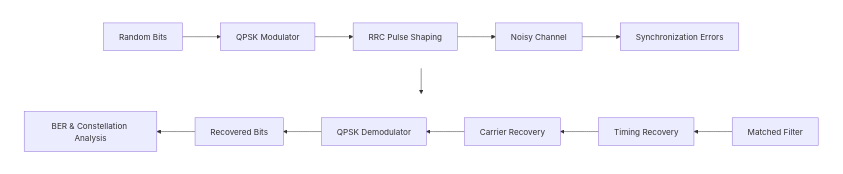
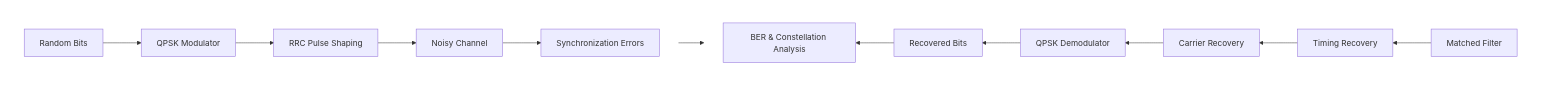
The diagram in README.md (Lukaku-1/adc-project-QPSK), drawn with Mermaid before and after one commit.

````diff
--- a/README.md
+++ b/README.md
@@ -12,20 +12,20 @@
 ```mermaid
-flowchart TB
+flowchart LR
     subgraph Row1 [ ]
         direction LR
         A[Random Bits] --> B[QPSK Modulator] --> C[RRC Pulse Shaping] --> D[Noisy Channel] --> E[Synchronization Errors]
     end
 
     subgraph Row2 [ ]
         direction RL
         F[Matched Filter] --> G[Timing Recovery] --> H[Carrier Recovery] --> I[QPSK Demodulator] --> J[Recovered Bits] --> K[BER & Constellation Analysis]
     end
 
     %% Drop from the end of the top row to the start of the bottom row
     E --> F
 
     %% Hide the subgraph borders to create the seamless snake effect
     style Row1 fill:none,stroke:none,color:none
     style Row2 fill:none,stroke:none,color:none
 
 ```
````
